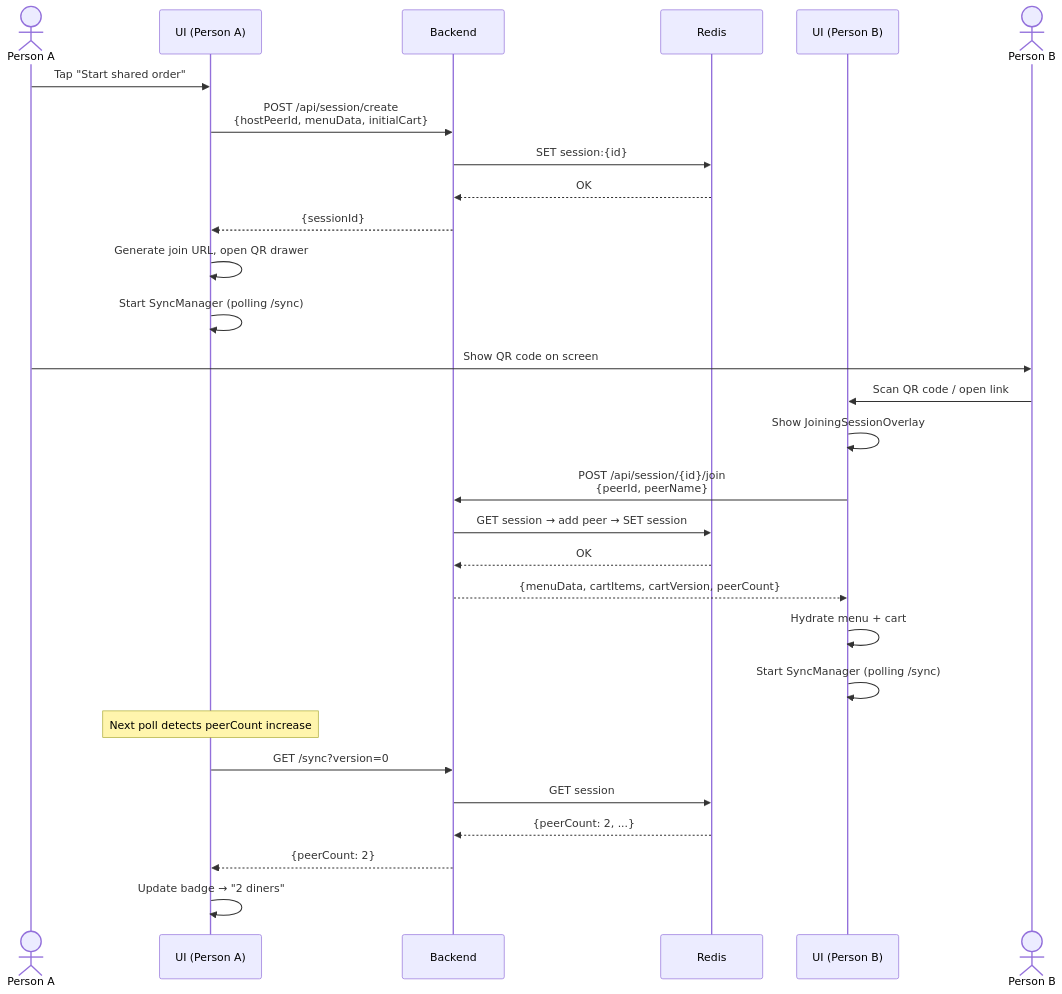
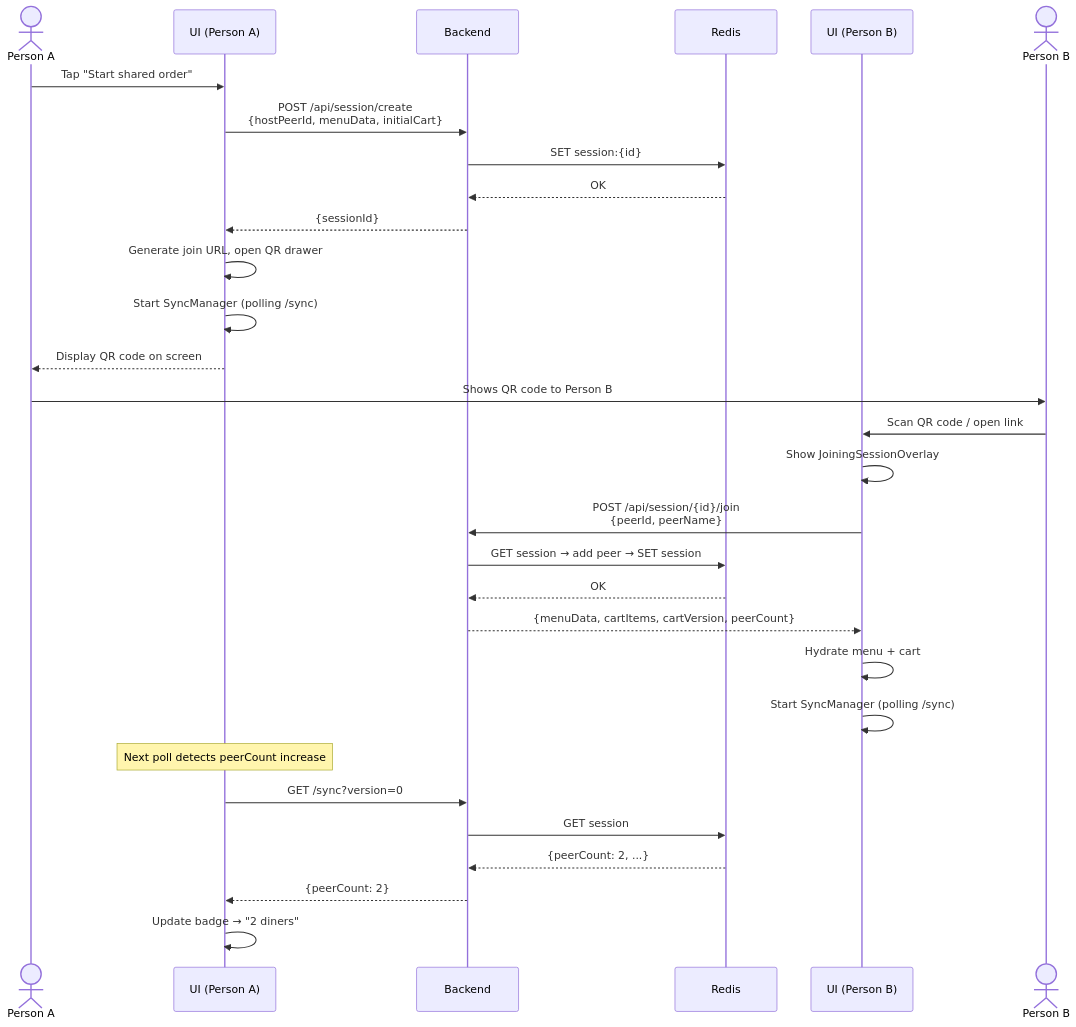
The second of 4 diagrams in menu-translator-next/src/features/collaboration/README.md (PL819/7raveL), drawn with Mermaid before and after one commit. The commit also changed other lines of this file, not shown here.

First line of the commit message:
docs(collaboration): update join flow and trim polling diagrams in README

````diff
--- a/menu-translator-next/src/features/collaboration/README.md
+++ b/menu-translator-next/src/features/collaboration/README.md
@@ -90,34 +90,34 @@
 ```mermaid
 sequenceDiagram
     actor A as Person A
     participant UI_A as UI (Person A)
     participant Backend
     participant Redis
     participant UI_B as UI (Person B)
     actor B as Person B
 
     A->>UI_A: Tap "Start shared order"
     UI_A->>Backend: POST /api/session/create<br/>{hostPeerId, menuData, initialCart}
     Backend->>Redis: SET session:{id}
     Redis-->>Backend: OK
     Backend-->>UI_A: {sessionId}
     UI_A->>UI_A: Generate join URL, open QR drawer
     UI_A->>UI_A: Start SyncManager (polling /sync)
-    A->>B: Show QR code on screen
-
+    UI_A-->>A: Display QR code on screen
+    A->>B: Shows QR code to Person B
     B->>UI_B: Scan QR code / open link
     UI_B->>UI_B: Show JoiningSessionOverlay
     UI_B->>Backend: POST /api/session/{id}/join<br/>{peerId, peerName}
     Backend->>Redis: GET session → add peer → SET session
     Redis-->>Backend: OK
     Backend-->>UI_B: {menuData, cartItems, cartVersion, peerCount}
     UI_B->>UI_B: Hydrate menu + cart
     UI_B->>UI_B: Start SyncManager (polling /sync)
 
     Note over UI_A: Next poll detects peerCount increase
     UI_A->>Backend: GET /sync?version=0
     Backend->>Redis: GET session
     Redis-->>Backend: {peerCount: 2, ...}
     Backend-->>UI_A: {peerCount: 2}
     UI_A->>UI_A: Update badge → "2 diners"
 ```
````
